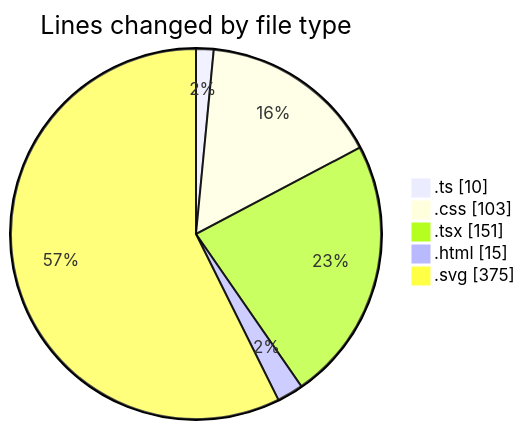
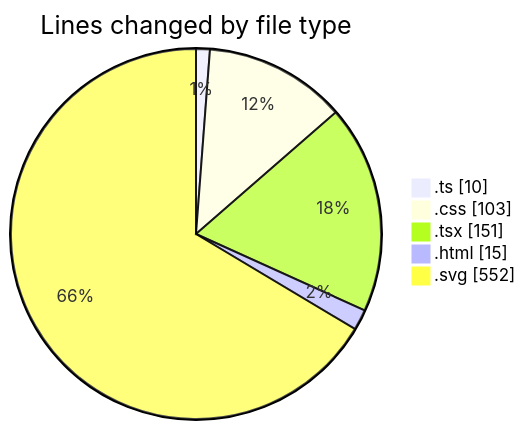
The first of 2 diagrams in 2025-07-31/tw-server/README.md (EIIisD/code-tracking), drawn with Mermaid before and after one commit. The commit also changed other lines of this file and 1 other file, not shown here.

````diff
--- a/2025-07-31/tw-server/README.md
+++ b/2025-07-31/tw-server/README.md
@@ -28,9 +30,9 @@
 ```mermaid
 pie showData
 title Lines changed by file type
 ".ts" : 10
 ".css" : 103
 ".tsx" : 151
 ".html" : 15
-".svg" : 375
+".svg" : 552
 ```
````
